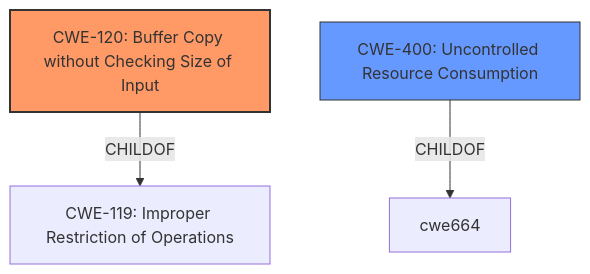
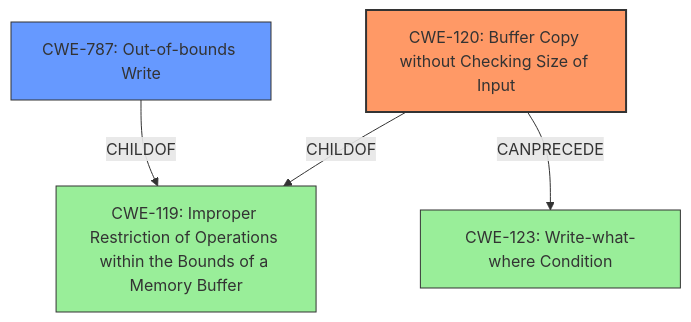
The diagram in CVE-2021-22991/CVE-2021-22991_analysis.md (CyberSecAI/cwe_agent_assign_reports_2023), drawn with Mermaid before and after one commit. The commit also changed other lines of this file and 902 other files, not shown here.

````diff
--- a/CVE-2021-22991/CVE-2021-22991_analysis.md
+++ b/CVE-2021-22991/CVE-2021-22991_analysis.md
@@ -17,15 +17,18 @@
 ```mermaid
 graph TD
     cwe120["CWE-120: Buffer Copy without Checking Size of Input"]
-    cwe119["CWE-119: Improper Restriction of Operations"]
-    cwe400["CWE-400: Uncontrolled Resource Consumption"]
+    cwe787["CWE-787: Out-of-bounds Write"]
+    cwe119["CWE-119: Improper Restriction of Operations within the Bounds of a Memory Buffer"]
+    cwe123["CWE-123: Write-what-where Condition"]
     
     cwe120 -->|CHILDOF| cwe119
-    cwe400 -->|CHILDOF| cwe664
-
+    cwe787 -->|CHILDOF| cwe119
+    cwe120 -->|CANPRECEDE| cwe123
+    
     classDef primary fill:#f96,stroke:#333,stroke-width:2px
     classDef secondary fill:#69f,stroke:#333
     classDef tertiary fill:#9e9,stroke:#333
     class cwe120 primary
-    class cwe400 secondary
+    class cwe787 secondary
+    class cwe119,cwe123 tertiary
 ```
````
